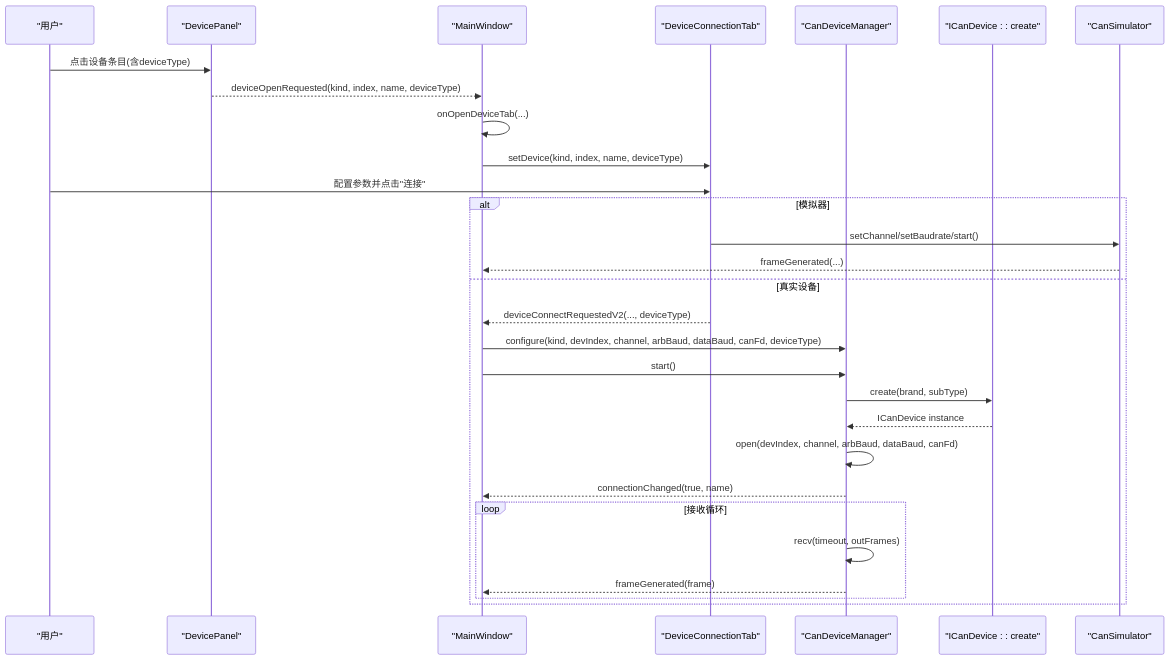
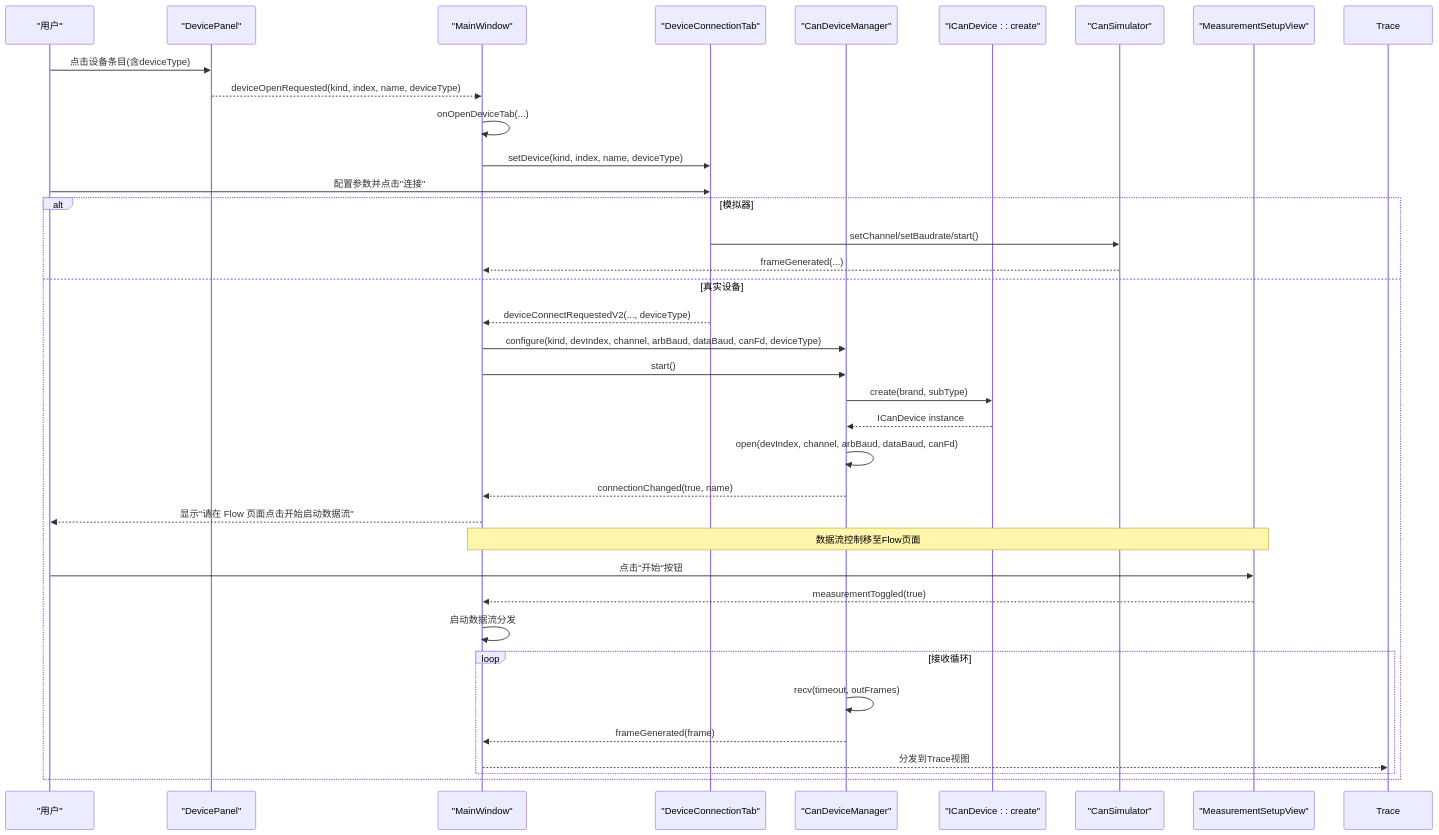
One commit to jakecai1225-design/OpenBus changed the second of 5 diagrams in .qoder/repowiki/zh/content/架构设计/UI系统设计/设备连接界面.md. Above: the diagram before and after it, drawn with Mermaid. The commit also changed other lines of this file and 27 other files, not shown here.

````diff
--- a/.qoder/repowiki/zh/content/架构设计/UI系统设计/设备连接界面.md
+++ b/.qoder/repowiki/zh/content/架构设计/UI系统设计/设备连接界面.md
@@ -120,31 +129,38 @@
 ```mermaid
 sequenceDiagram
 participant User as "用户"
 participant Panel as "DevicePanel"
 participant Main as "MainWindow"
 participant Tab as "DeviceConnectionTab"
 participant Mgr as "CanDeviceManager"
 participant Factory as "ICanDevice : : create"
 participant Sim as "CanSimulator"
+participant Flow as "MeasurementSetupView"
 User->>Panel : 点击设备条目(含deviceType)
 Panel-->>Main : deviceOpenRequested(kind, index, name, deviceType)
 Main->>Main : onOpenDeviceTab(...)
 Main->>Tab : setDevice(kind, index, name, deviceType)
 User->>Tab : 配置参数并点击"连接"
 alt 模拟器
 Tab->>Sim : setChannel/setBaudrate/start()
 Sim-->>Main : frameGenerated(...)
 else 真实设备
 Tab-->>Main : deviceConnectRequestedV2(..., deviceType)
 Main->>Mgr : configure(kind, devIndex, channel, arbBaud, dataBaud, canFd, deviceType)
 Main->>Mgr : start()
 Mgr->>Factory : create(brand, subType)
 Factory-->>Mgr : ICanDevice instance
 Mgr->>Mgr : open(devIndex, channel, arbBaud, dataBaud, canFd)
 Mgr-->>Main : connectionChanged(true, name)
+Main-->>User : 显示"请在 Flow 页面点击开始启动数据流"
+Note over Main,Flow : 数据流控制移至Flow页面
+User->>Flow : 点击"开始"按钮
+Flow-->>Main : measurementToggled(true)
+Main->>Main : 启动数据流分发
 loop 接收循环
 Mgr->>Mgr : recv(timeout, outFrames)
 Mgr-->>Main : frameGenerated(frame)
+Main-->>Trace : 分发到Trace视图
 end
 end
 ```
````
